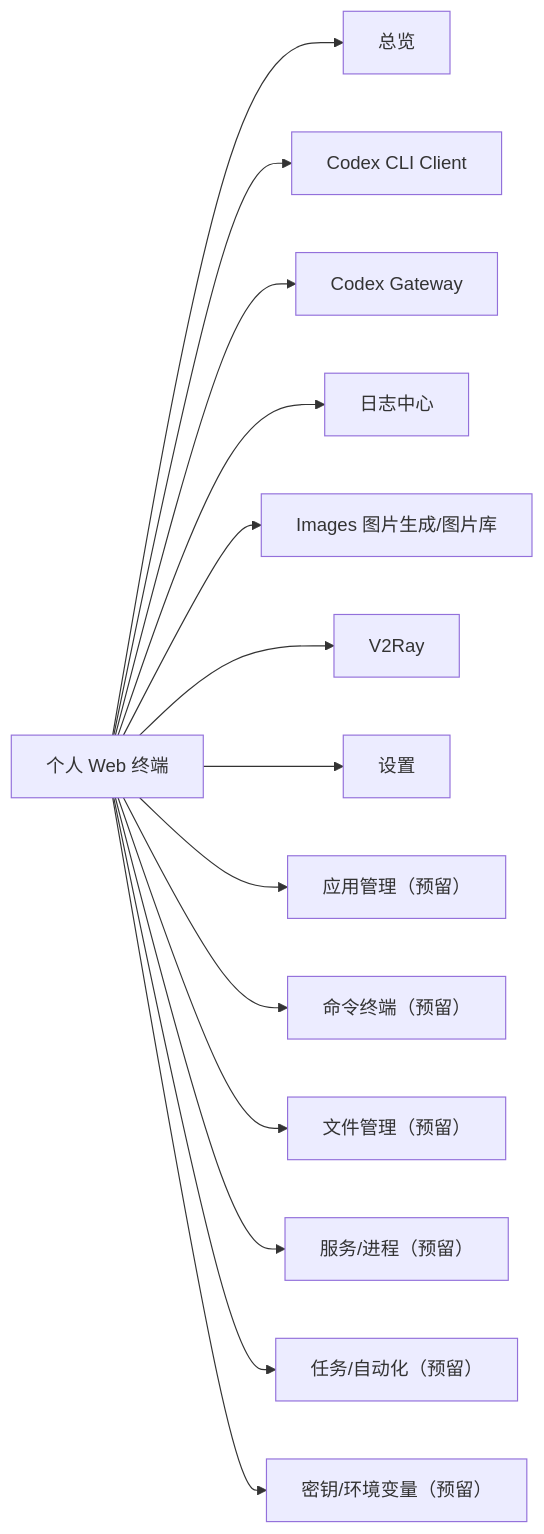
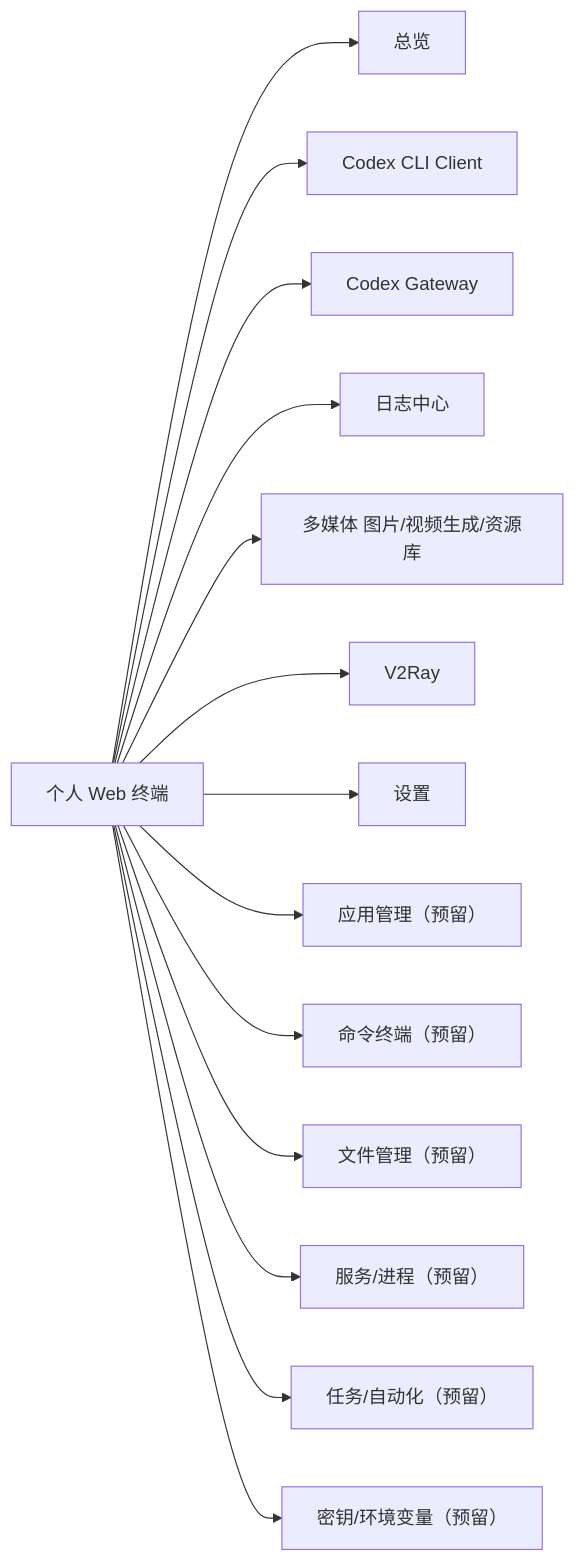
One commit to NageNalock/phantom-lancer changed the first of 2 diagrams in docs/personal-web-terminal-product-features.md. Above: the diagram before and after it, drawn with Mermaid. The commit also changed other lines of this file and 25 other files, not shown here.

Commit message:
多媒体模块：Agnes 图片/视频生成集成 + 资源库/历史/生成预设 全链路

````diff
--- a/docs/personal-web-terminal-product-features.md
+++ b/docs/personal-web-terminal-product-features.md
@@ -73,16 +73,16 @@
 ```mermaid
 flowchart LR
   Console["个人 Web 终端"] --> Dashboard["总览"]
   Console --> Codex["Codex CLI Client"]
   Console --> Gateway["Codex Gateway"]
   Console --> Logs["日志中心"]
-  Console --> Images["Images 图片生成/图片库"]
+  Console --> Media["多媒体 图片/视频生成/资源库"]
   Console --> V2Ray["V2Ray"]
   Console --> Settings["设置"]
   Console --> Apps["应用管理（预留）"]
   Console --> Shell["命令终端（预留）"]
   Console --> Files["文件管理（预留）"]
   Console --> Services["服务/进程（预留）"]
   Console --> Jobs["任务/自动化（预留）"]
   Console --> Secrets["密钥/环境变量（预留）"]
 ```
````
